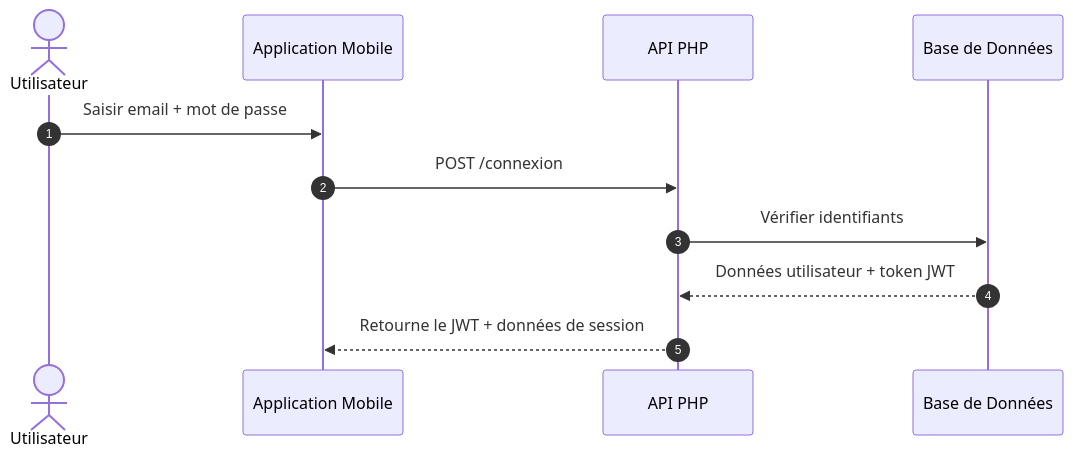
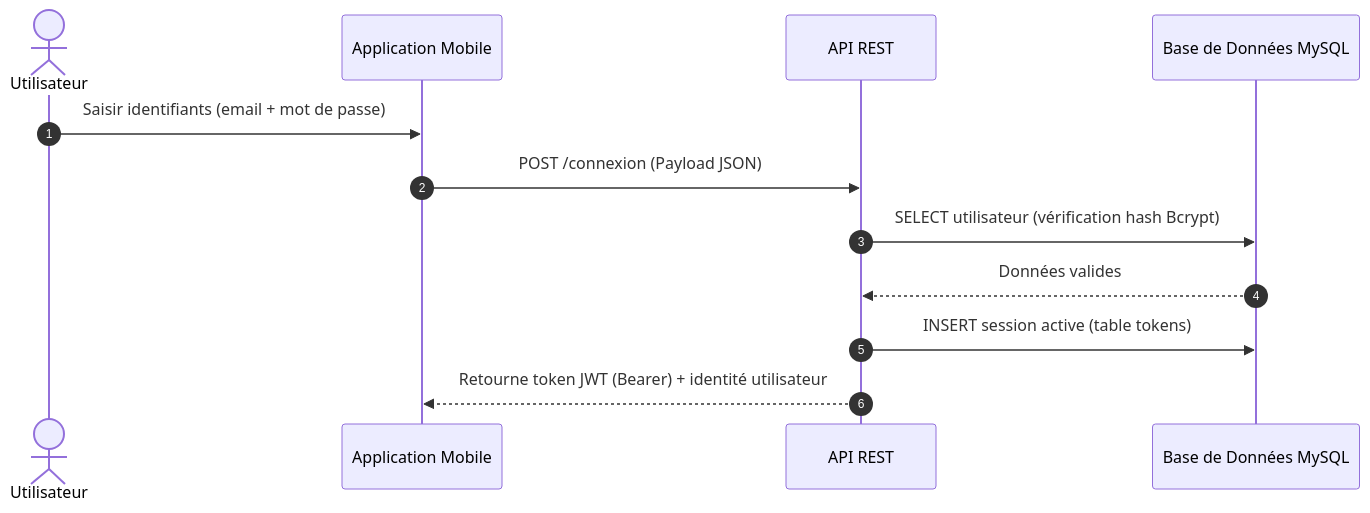
The second of 5 diagrams in README.md (wkabtech/Warmly), drawn with Mermaid before and after one commit. The commit also changed other lines of this file, not shown here.

````diff
--- a/README.md
+++ b/README.md
@@ -144,14 +155,15 @@
 ```mermaid
 sequenceDiagram
     autonumber
     actor Utilisateur
     participant App as Application Mobile
-    participant API as API PHP
-    participant BDD as Base de Données
+    participant API as API REST
+    participant BDD as Base de Données MySQL
 
-    Utilisateur->>App: Saisir email + mot de passe
-    App->>API: POST /connexion
-    API->>BDD: Vérifier identifiants
-    BDD-->>API: Données utilisateur + token JWT
-    API-->>App: Retourne le JWT + données de session
+    Utilisateur->>App: Saisir identifiants (email + mot de passe)
+    App->>API: POST /connexion (Payload JSON)
+    API->>BDD: SELECT utilisateur (vérification hash Bcrypt)
+    BDD-->>API: Données valides
+    API->>BDD: INSERT session active (table tokens)
+    API-->>App: Retourne token JWT (Bearer) + identité utilisateur
 ```
````
